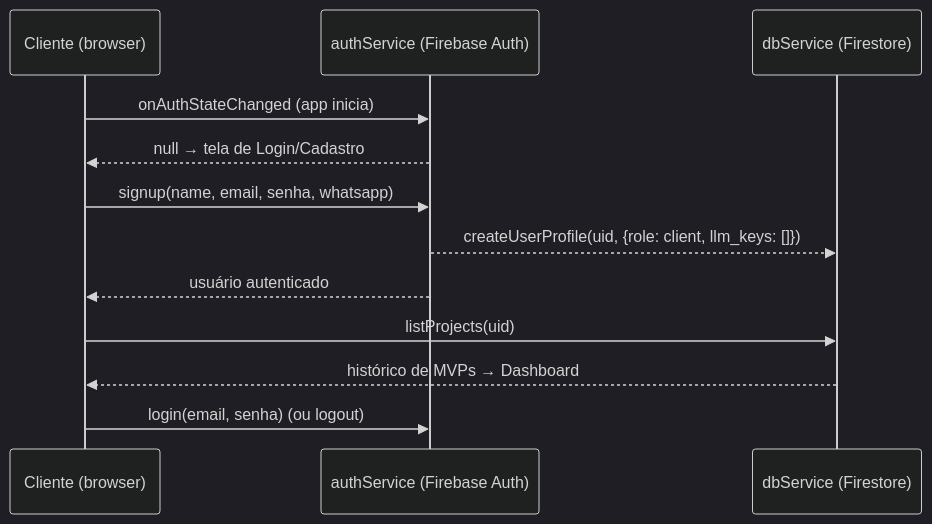
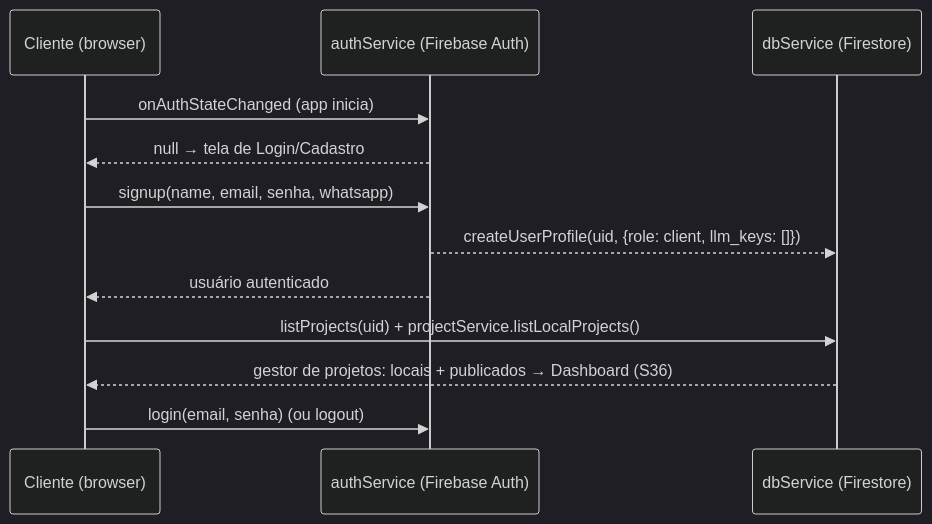
One commit to renato0503/caim changed the second of 8 diagrams in docs/diagrams/journey.md. Above: the diagram before and after it, drawn with Mermaid (dark theme). The commit also changed other lines of this file and 34 other files, not shown here.

````diff
--- a/docs/diagrams/journey.md
+++ b/docs/diagrams/journey.md
@@ -28,15 +28,15 @@
 ```mermaid
 sequenceDiagram
     participant C as Cliente (browser)
     participant A as authService (Firebase Auth)
     participant D as dbService (Firestore)
 
     C->>A: onAuthStateChanged (app inicia)
     A-->>C: null → tela de Login/Cadastro
     C->>A: signup(name, email, senha, whatsapp)
     A-->>D: createUserProfile(uid, {role: client, llm_keys: []})
     A-->>C: usuário autenticado
-    C->>D: listProjects(uid)
-    D-->>C: histórico de MVPs → Dashboard
+    C->>D: listProjects(uid) + projectService.listLocalProjects()
+    D-->>C: gestor de projetos: locais + publicados → Dashboard (S36)
     C->>A: login(email, senha) (ou logout)
 ```
````
